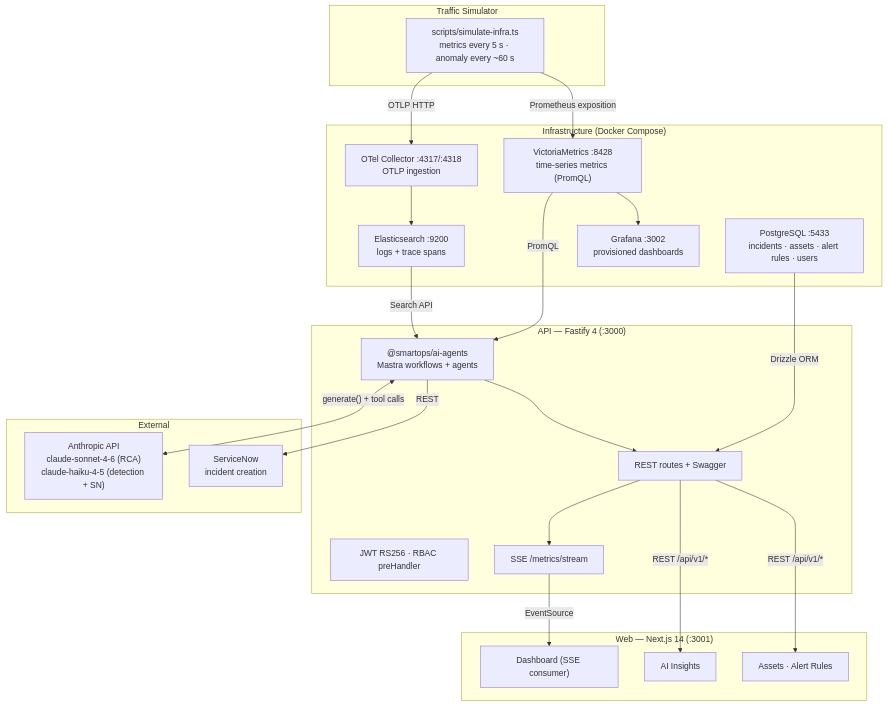
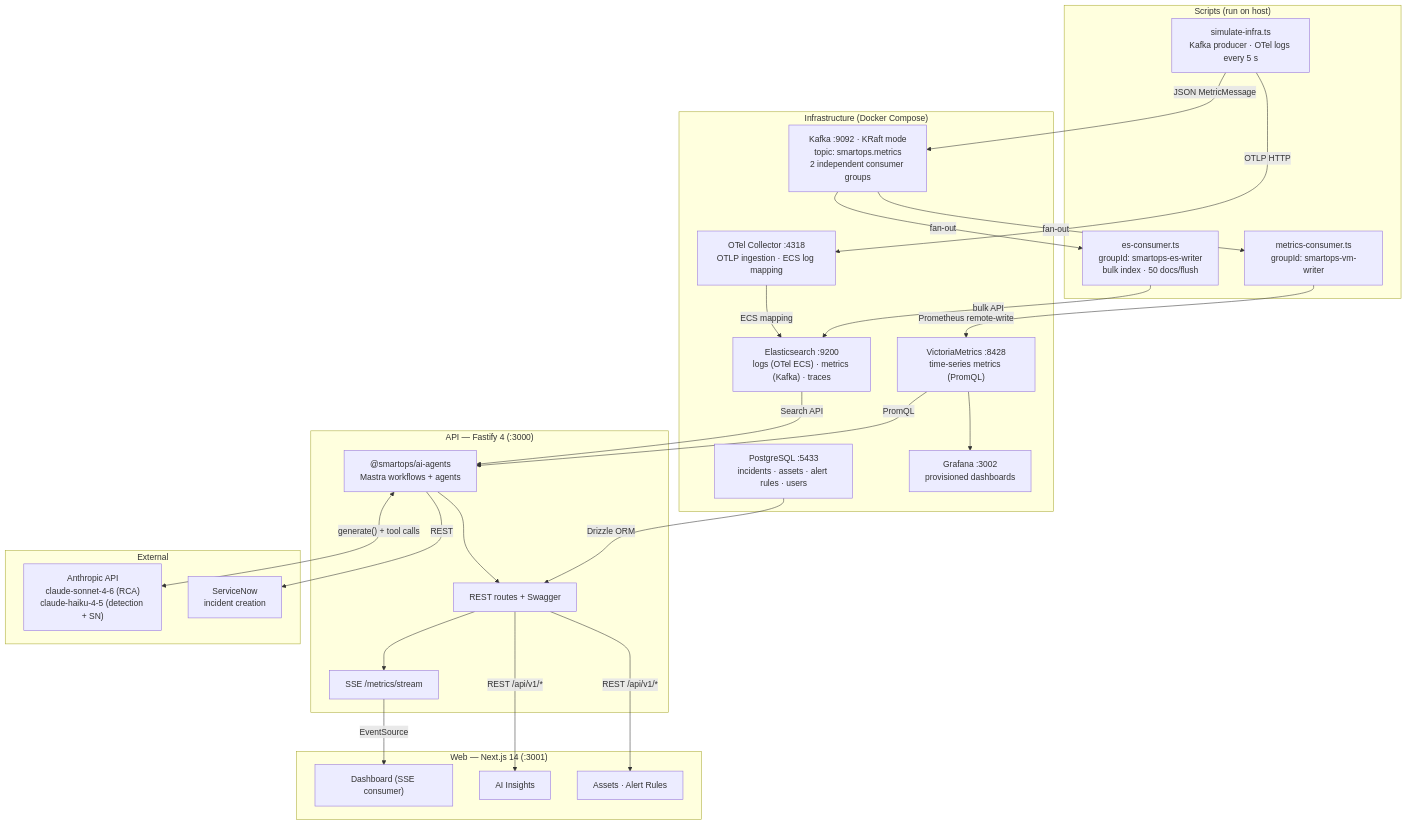
One commit to sergiunicoara/Agentic-AI changed the second of 2 diagrams in SmartOps AI observability platform/README.md. Above: the diagram before and after it, drawn with Mermaid. The commit also changed other lines of this file and 1 other file, not shown here.

````diff
--- a/SmartOps AI observability platform/README.md
+++ b/SmartOps AI observability platform/README.md
@@ -91,47 +94,53 @@
 ```mermaid
 flowchart TD
-    subgraph SIM["Traffic Simulator"]
-        S["scripts/simulate-infra.ts\nmetrics every 5 s · anomaly every ~60 s"]
+    subgraph SIM["Scripts (run on host)"]
+        PROD["simulate-infra.ts\nKafka producer · OTel logs every 5 s"]
+        VMC["metrics-consumer.ts\ngroupId: smartops-vm-writer"]
+        ESC["es-consumer.ts\ngroupId: smartops-es-writer\nbulk index · 50 docs/flush"]
     end
 
     subgraph INFRA["Infrastructure (Docker Compose)"]
+        KAFKA["Kafka :9092 · KRaft mode\ntopic: smartops.metrics\n2 independent consumer groups"]
         VM["VictoriaMetrics :8428\ntime-series metrics (PromQL)"]
-        ES["Elasticsearch :9200\nlogs + trace spans"]
+        ES["Elasticsearch :9200\nlogs (OTel ECS) · metrics (Kafka) · traces"]
         PG["PostgreSQL :5433\nincidents · assets · alert rules · users"]
         GF["Grafana :3002\nprovisioned dashboards"]
-        OTEL["OTel Collector :4317/:4318\nOTLP ingestion"]
+        OTEL["OTel Collector :4318\nOTLP ingestion · ECS log mapping"]
     end
 
     subgraph APPAPI["API — Fastify 4 (:3000)"]
         ROUTES["REST routes + Swagger"]
-        AUTH["JWT RS256 · RBAC preHandler"]
         SSE["SSE /metrics/stream"]
         AIMOD["@smartops/ai-agents\nMastra workflows + agents"]
     end
 
     subgraph WEB["Web — Next.js 14 (:3001)"]
         DASH["Dashboard (SSE consumer)"]
         AIPG["AI Insights"]
         MGMT["Assets · Alert Rules"]
     end
 
     subgraph EXT["External"]
         CLAUDE["Anthropic API\nclaude-sonnet-4-6 (RCA)\nclaude-haiku-4-5 (detection + SN)"]
         SNOW["ServiceNow\nincident creation"]
     end
 
-    S -->|"Prometheus exposition"| VM
-    S -->|"OTLP HTTP"| OTEL
-    OTEL --> ES
+    PROD -->|"JSON MetricMessage"| KAFKA
+    PROD -->|"OTLP HTTP"| OTEL
+    KAFKA -->|"fan-out"| VMC
+    KAFKA -->|"fan-out"| ESC
+    VMC -->|"Prometheus remote-write"| VM
+    ESC -->|"bulk API"| ES
+    OTEL -->|"ECS mapping"| ES
     VM --> GF
     VM -->|"PromQL"| AIMOD
     ES -->|"Search API"| AIMOD
     PG -->|"Drizzle ORM"| ROUTES
     AIMOD --> ROUTES
     AIMOD <-->|"generate() + tool calls"| CLAUDE
     AIMOD -->|"REST"| SNOW
     ROUTES --> SSE
     SSE -->|"EventSource"| DASH
     ROUTES -->|"REST /api/v1/*"| AIPG
     ROUTES -->|"REST /api/v1/*"| MGMT
 ```
````
